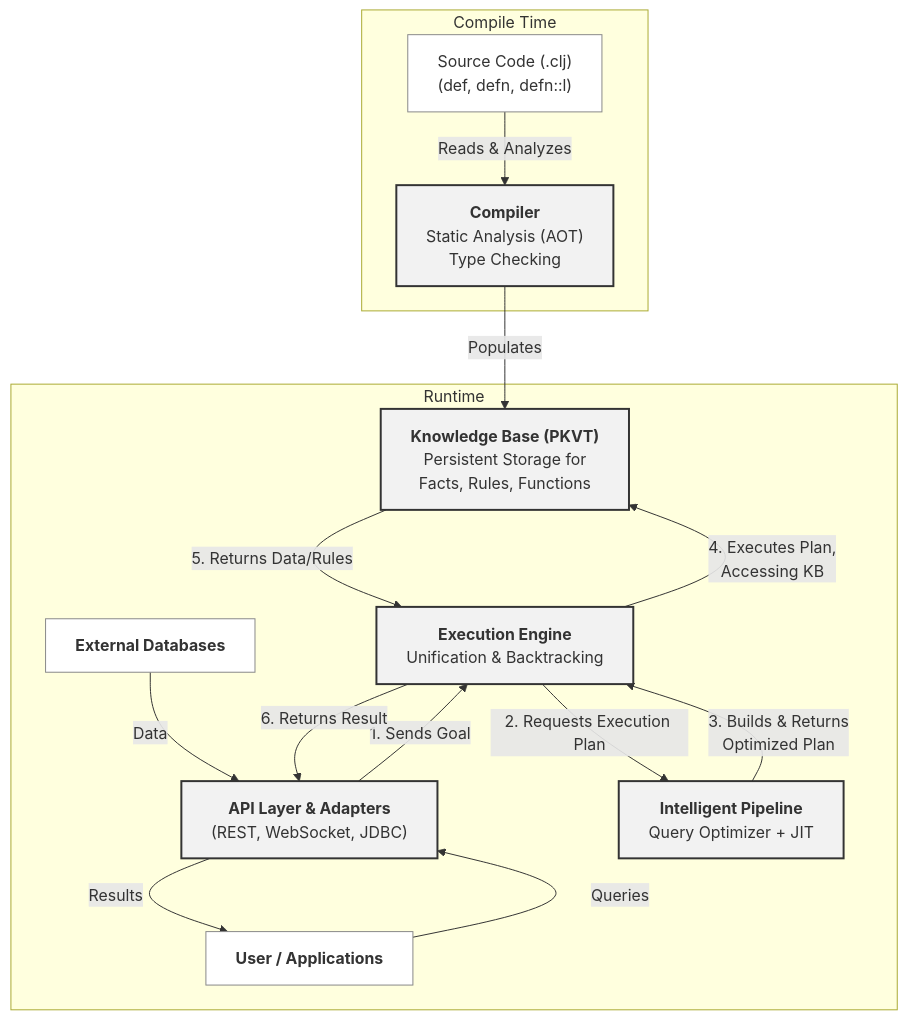
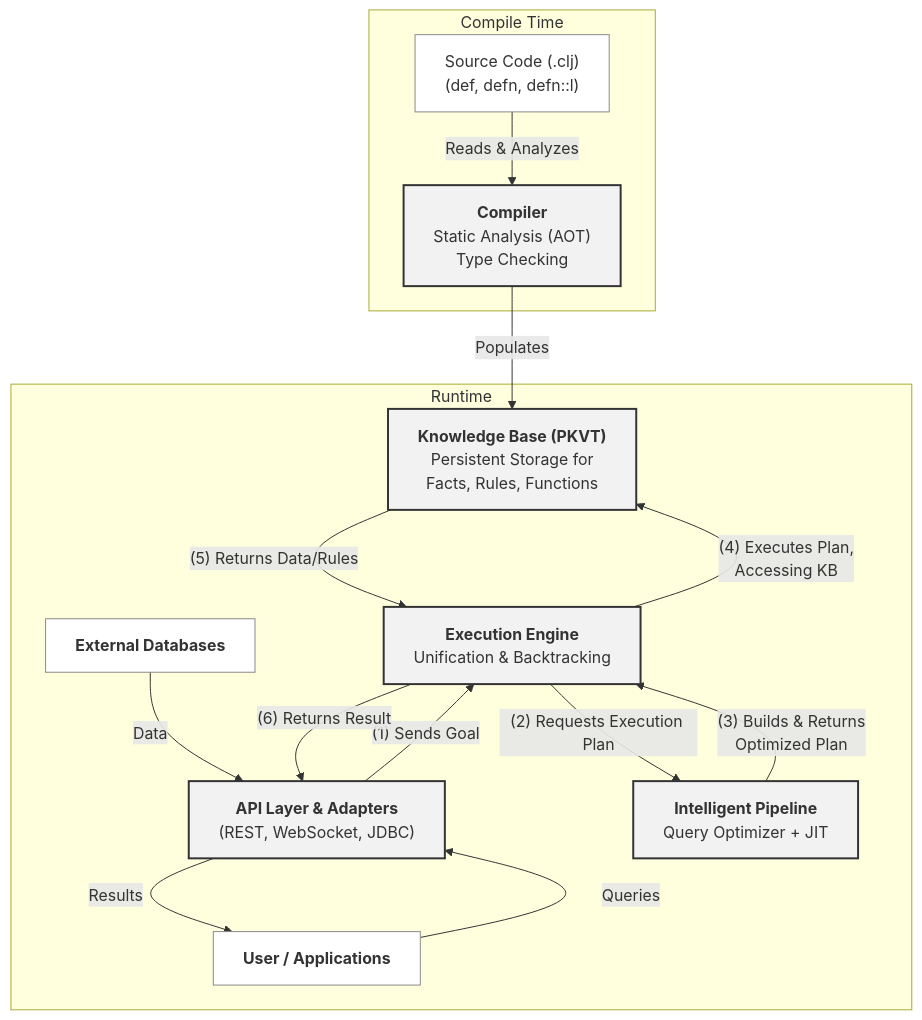
One commit to LMikhail/Tipster changed the diagram in docs/general/en/architecture.md. Above: the diagram before and after it, drawn with Mermaid. The commit also changed 1 other file, not shown here.

Commit message:
Fixed diagram in architecture.md file

````diff
--- a/docs/general/en/architecture.md
+++ b/docs/general/en/architecture.md
@@ -17,33 +17,33 @@
 ```mermaid
 graph TD;
     subgraph "Compile Time"
         A["Source Code (.clj)<br/>(def, defn, defn::l)"] -- "Reads & Analyzes" --> B["<b>Compiler</b><br/>Static Analysis (AOT)<br/>Type Checking"];
     end
 
     subgraph "Runtime"
         C["<b>Knowledge Base (PKVT)</b><br/>Persistent Storage for<br/>Facts, Rules, Functions"];
         D["<b>Execution Engine</b><br/>Unification & Backtracking"];
         E["<b>API Layer & Adapters</b><br/>(REST, WebSocket, JDBC)"];
         F["<b>User / Applications</b>"];
         G["<b>External Databases</b>"];
         H["<b>Intelligent Pipeline</b><br/>Query Optimizer + JIT"];
     end
 
     B -- "Populates" --> C;
 
     F -- "Queries" --> E;
     G -- "Data" --> E;
-    E -- "1. Sends Goal" --> D;
-    D -- "2. Requests Execution Plan" --> H;
-    H -- "3. Builds & Returns<br/>Optimized Plan" --> D;
-    D -- "4. Executes Plan,<br/>Accessing KB" --> C;
-    C -- "5. Returns Data/Rules" --> D;
-    D -- "6. Returns Result" --> E;
+    E -- "(1) Sends Goal" --> D;
+    D -- "(2) Requests Execution Plan" --> H;
+    H -- "(3) Builds & Returns<br/>Optimized Plan" --> D;
+    D -- "(4) Executes Plan,<br/>Accessing KB" --> C;
+    C -- "(5) Returns Data/Rules" --> D;
+    D -- "(6) Returns Result" --> E;
     E -- "Results" --> F;
 
     classDef component fill:#f2f2f2,stroke:#333,stroke-width:2px;
     classDef external fill:#fff,stroke:#888,stroke-width:1px;
     
     class B,C,D,E,H component;
     class A,F,G external;
 ```
````
